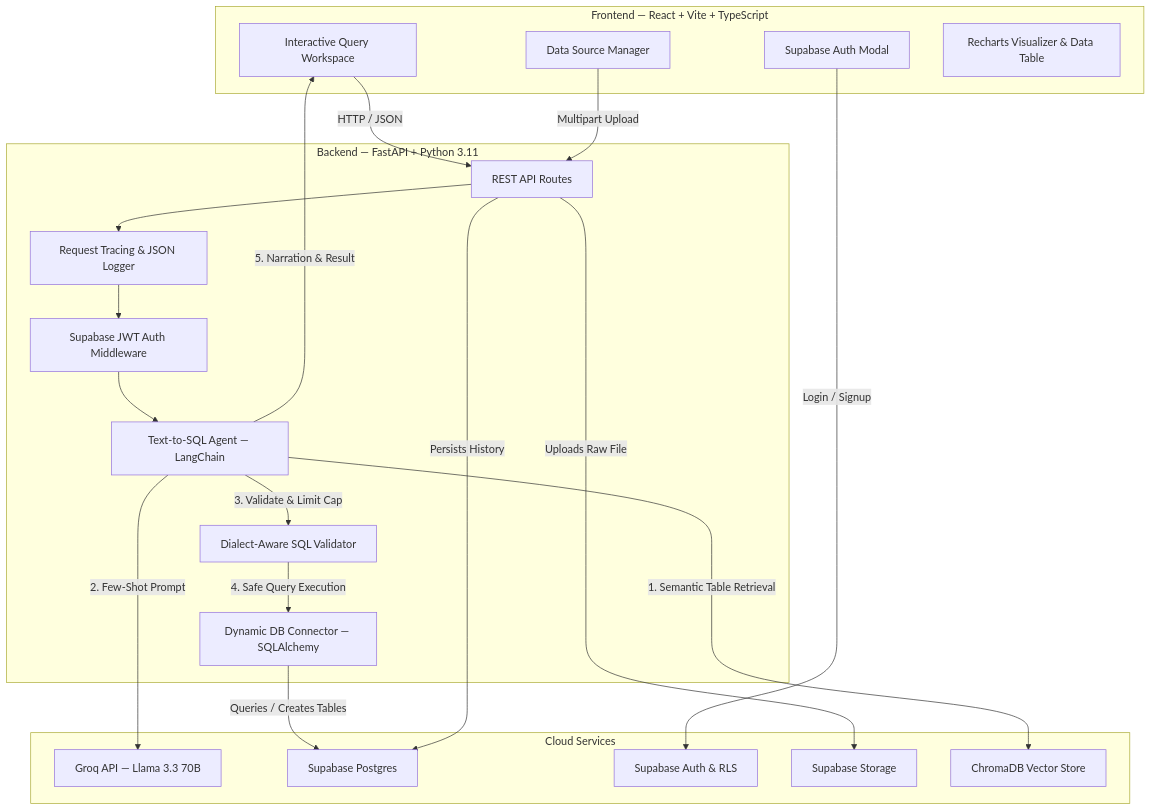
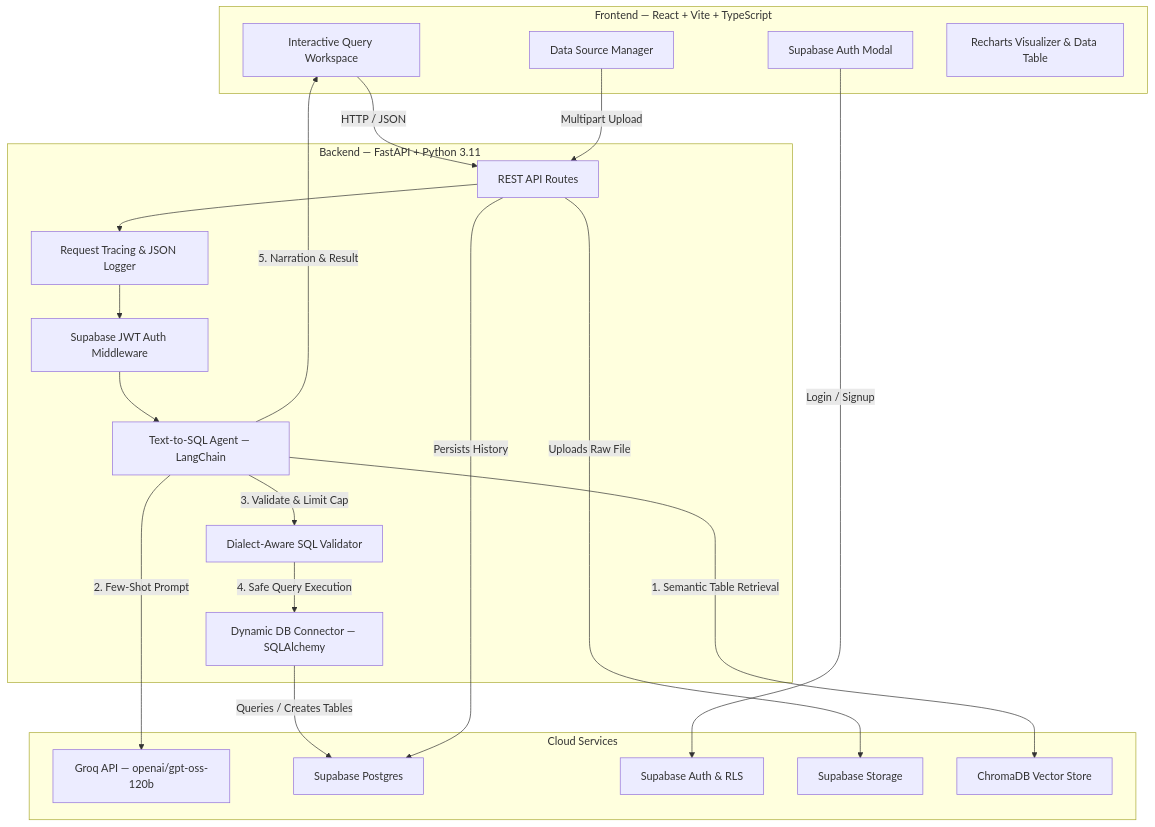
The diagram in README.md (Mohammedkaif-27/querymind), drawn with Mermaid before and after one commit. The commit also changed other lines of this file and 6 other files, not shown here.

Commit message:
feat: migrate to Hugging Face RAG pipeline, upgrade to gpt-oss-120b, and document zero-cost cloud architecture

````diff
--- a/README.md
+++ b/README.md
@@ -25,40 +25,40 @@
 ```mermaid
 graph TD
     subgraph Client["Frontend — React + Vite + TypeScript"]
         UI["Interactive Query Workspace"]
         AuthUI["Supabase Auth Modal"]
         SrcUI["Data Source Manager"]
         ChartUI["Recharts Visualizer & Data Table"]
     end
 
     subgraph Backend["Backend — FastAPI + Python 3.11"]
         MW["Request Tracing & JSON Logger"]
         AuthMW["Supabase JWT Auth Middleware"]
         Router["REST API Routes"]
         Agent["Text-to-SQL Agent — LangChain"]
         Validator["Dialect-Aware SQL Validator"]
         Connector["Dynamic DB Connector — SQLAlchemy"]
     end
 
     subgraph External["Cloud Services"]
-        Groq["Groq API — Llama 3.3 70B"]
+        Groq["Groq API — openai/gpt-oss-120b"]
         SupaDB["Supabase Postgres"]
         SupaAuth["Supabase Auth & RLS"]
         SupaStore["Supabase Storage"]
         Chroma["ChromaDB Vector Store"]
     end
 
     UI -->|HTTP / JSON| Router
     AuthUI -->|Login / Signup| SupaAuth
     SrcUI -->|Multipart Upload| Router
     Router --> MW --> AuthMW
     AuthMW --> Agent
     Agent -->|1. Semantic Table Retrieval| Chroma
     Agent -->|2. Few-Shot Prompt| Groq
     Agent -->|3. Validate & Limit Cap| Validator
     Validator -->|4. Safe Query Execution| Connector
     Connector -->|Queries / Creates Tables| SupaDB
     Router -->|Persists History| SupaDB
     Router -->|Uploads Raw File| SupaStore
     Agent -->|5. Narration & Result| UI
 ```
````
